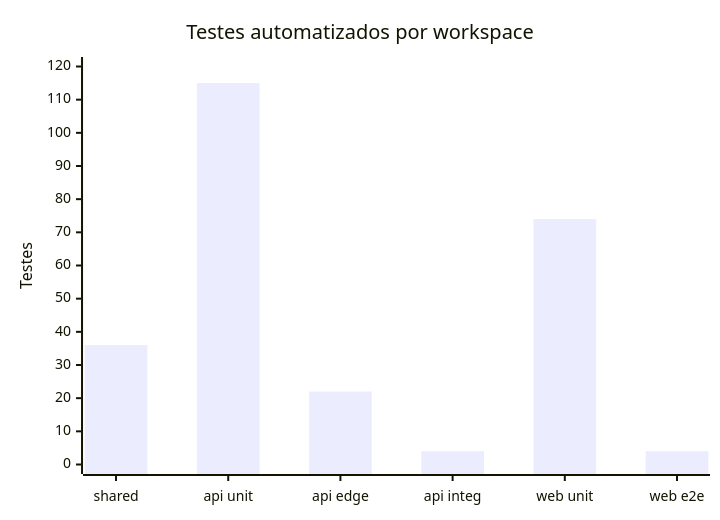
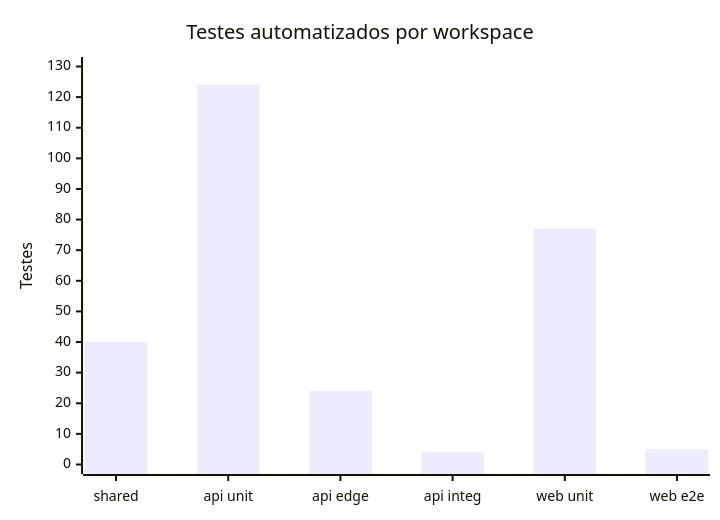
The ninth of 12 diagrams in README.md (Digooow/pokedex-frontend), drawn with Mermaid before and after one commit. The commit also changed other lines of this file and 2 other files, not shown here.

````diff
--- a/README.md
+++ b/README.md
@@ -560,7 +564,7 @@
 ```mermaid
 xychart-beta
   title "Testes automatizados por workspace"
   x-axis ["shared", "api unit", "api edge", "api integ", "web unit", "web e2e"]
-  y-axis "Testes" 0 --> 120
-  bar [36, 115, 22, 4, 74, 4]
+  y-axis "Testes" 0 --> 130
+  bar [40, 124, 24, 4, 77, 5]
 ```
````
